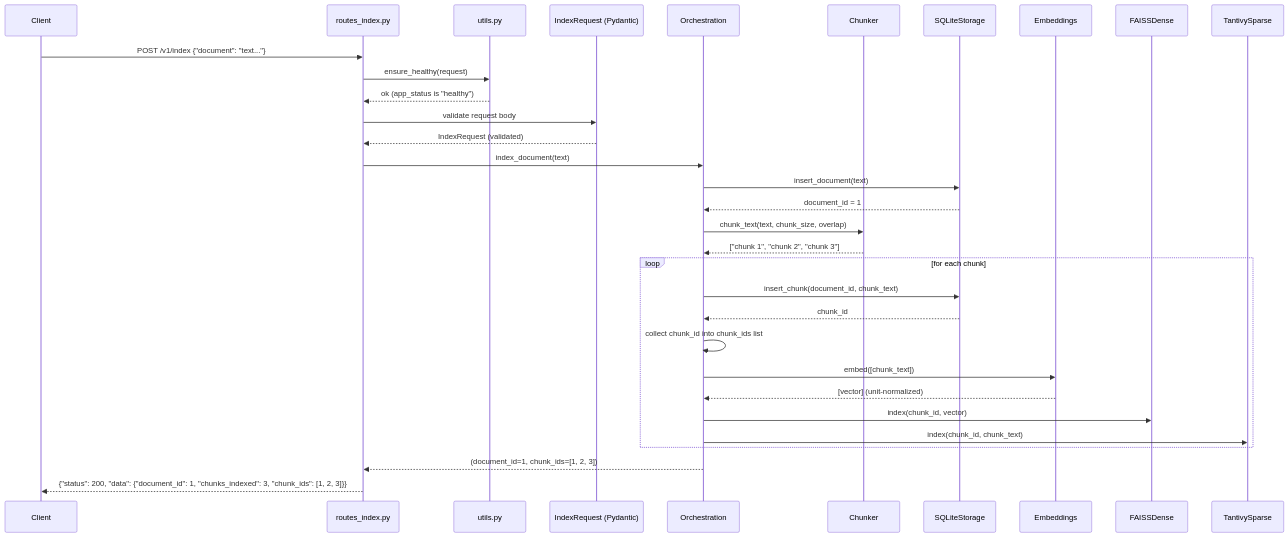
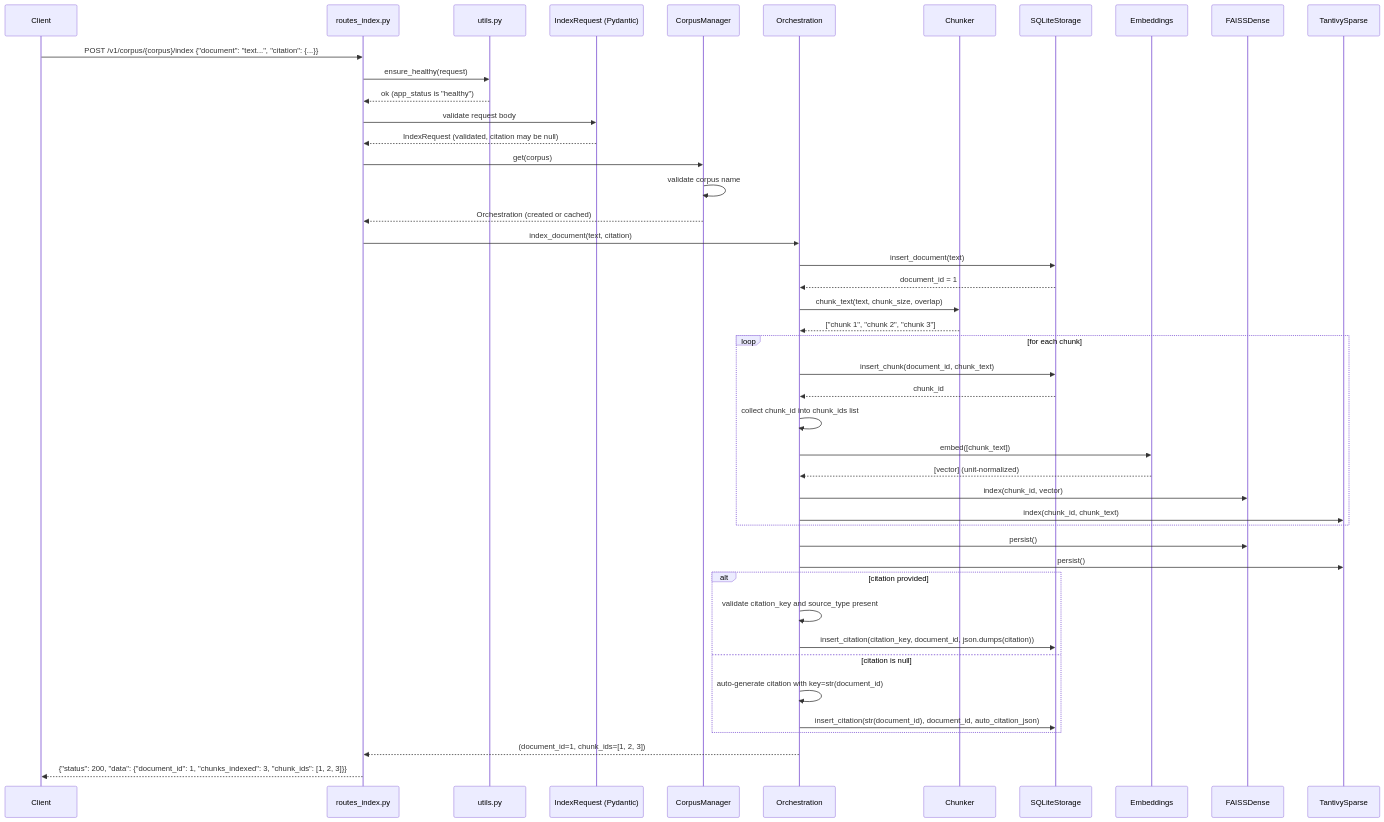
Before and after one commit to florianbuetow/mini-rag: the third of 10 diagrams in docs/SPECIFICATION-DATA-FLOW.md, drawn with Mermaid. The commit also changed other lines of this file and 2 other files, not shown here.

First line of the commit message:
Update specification docs for citations, reranking, and multi-corpus

````diff
--- a/docs/SPECIFICATION-DATA-FLOW.md
+++ b/docs/SPECIFICATION-DATA-FLOW.md
@@ -361,35 +442,48 @@
 ```mermaid
 sequenceDiagram
     participant C as Client
     participant R as routes_index.py
     participant U as utils.py
     participant PM as IndexRequest (Pydantic)
+    participant CM as CorpusManager
     participant O as Orchestration
     participant CH as Chunker
     participant ST as SQLiteStorage
     participant E as Embeddings
     participant D as FAISSDense
     participant SP as TantivySparse
 
-    C->>R: POST /v1/index {"document": "text..."}
+    C->>R: POST /v1/corpus/{corpus}/index {"document": "text...", "citation": {...}}
     R->>U: ensure_healthy(request)
     U-->>R: ok (app_status is "healthy")
     R->>PM: validate request body
-    PM-->>R: IndexRequest (validated)
-    R->>O: index_document(text)
+    PM-->>R: IndexRequest (validated, citation may be null)
+    R->>CM: get(corpus)
+    CM->>CM: validate corpus name
+    CM-->>R: Orchestration (created or cached)
+    R->>O: index_document(text, citation)
     O->>ST: insert_document(text)
     ST-->>O: document_id = 1
     O->>CH: chunk_text(text, chunk_size, overlap)
     CH-->>O: ["chunk 1", "chunk 2", "chunk 3"]
     loop for each chunk
         O->>ST: insert_chunk(document_id, chunk_text)
         ST-->>O: chunk_id
         O->>O: collect chunk_id into chunk_ids list
         O->>E: embed([chunk_text])
         E-->>O: [vector] (unit-normalized)
         O->>D: index(chunk_id, vector)
         O->>SP: index(chunk_id, chunk_text)
     end
+    O->>D: persist()
+    O->>SP: persist()
+    alt citation provided
+        O->>O: validate citation_key and source_type present
+        O->>ST: insert_citation(citation_key, document_id, json.dumps(citation))
+    else citation is null
+        O->>O: auto-generate citation with key=str(document_id)
+        O->>ST: insert_citation(str(document_id), document_id, auto_citation_json)
+    end
     O-->>R: (document_id=1, chunk_ids=[1, 2, 3])
     R-->>C: {"status": 200, "data": {"document_id": 1, "chunks_indexed": 3, "chunk_ids": [1, 2, 3]}}
 ```
````
